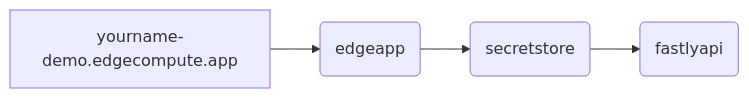
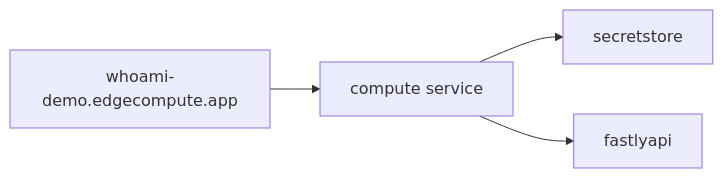
One commit to jbartus/fastly-magento2-demo changed the first of 3 diagrams in README.md. Above: the diagram before and after it, drawn with Mermaid. The commit also changed other lines of this file, not shown here.

Commit message:
high level diagrams

````diff
--- a/README.md
+++ b/README.md
@@ -15,6 +16,6 @@
 ```mermaid
 flowchart LR
-  A[yourname-demo.edgecompute.app] --> B(edgeapp)
-  B --> C(secretstore)
-  C --> D(fastlyapi)
+  site[whoami-demo.edgecompute.app] --> xqd[compute service]
+  xqd --> secretstore
+  xqd --> fastlyapi
 ```
````
